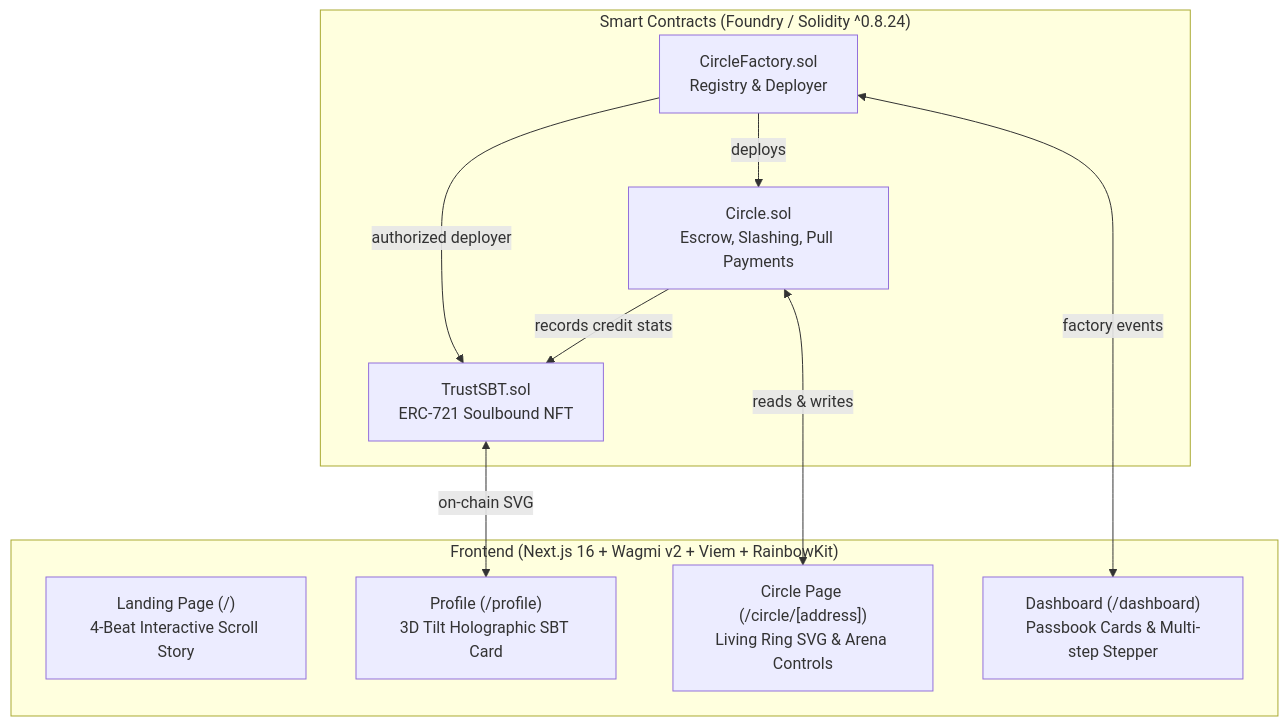
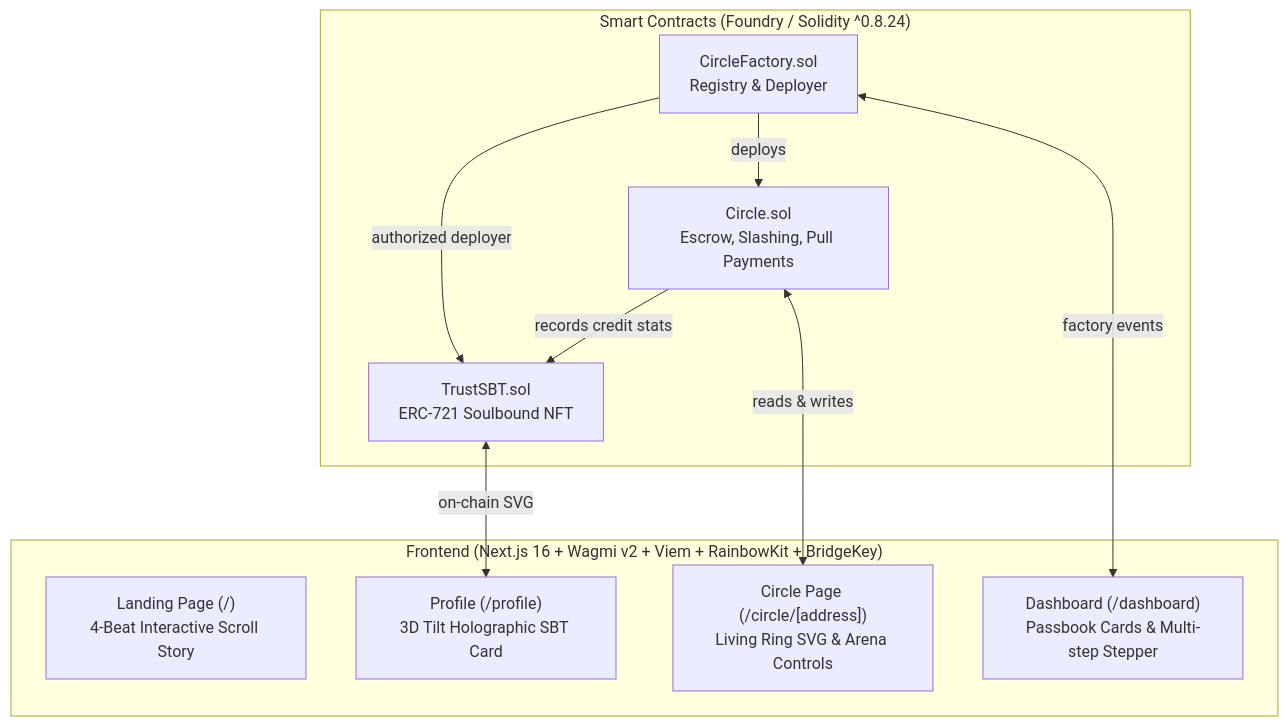
Before and after one commit to yuvrajvibhute/Bishichain: the diagram in README.md, drawn with Mermaid. The commit also changed other lines of this file and 21 other files, not shown here.

Commit message:
feat: migrate from Sepolia to MST Testnet with BridgeKey wallet integration

````diff
--- a/README.md
+++ b/README.md
@@ -26,23 +40,23 @@
 ```mermaid
 graph TB
     subgraph "Smart Contracts (Foundry / Solidity ^0.8.24)"
         TS[TrustSBT.sol\nERC-721 Soulbound NFT]
         CF[CircleFactory.sol\nRegistry & Deployer]
         C[Circle.sol\nEscrow, Slashing, Pull Payments]
         
         CF -->|authorized deployer| TS
         CF -->|deploys| C
         C -->|records credit stats| TS
     end
 
-    subgraph "Frontend (Next.js 16 + Wagmi v2 + Viem + RainbowKit)"
+    subgraph "Frontend (Next.js 16 + Wagmi v2 + Viem + RainbowKit + BridgeKey)"
         LP["Landing Page (/)\n4-Beat Interactive Scroll Story"]
         DB["Dashboard (/dashboard)\nPassbook Cards & Multi-step Stepper"]
         CR["Circle Page (/circle/[address])\nLiving Ring SVG & Arena Controls"]
         PR["Profile (/profile)\n3D Tilt Holographic SBT Card"]
     end
 
     C <-->|reads & writes| CR
     CF <-->|factory events| DB
     TS <-->|on-chain SVG| PR
 ```
````
